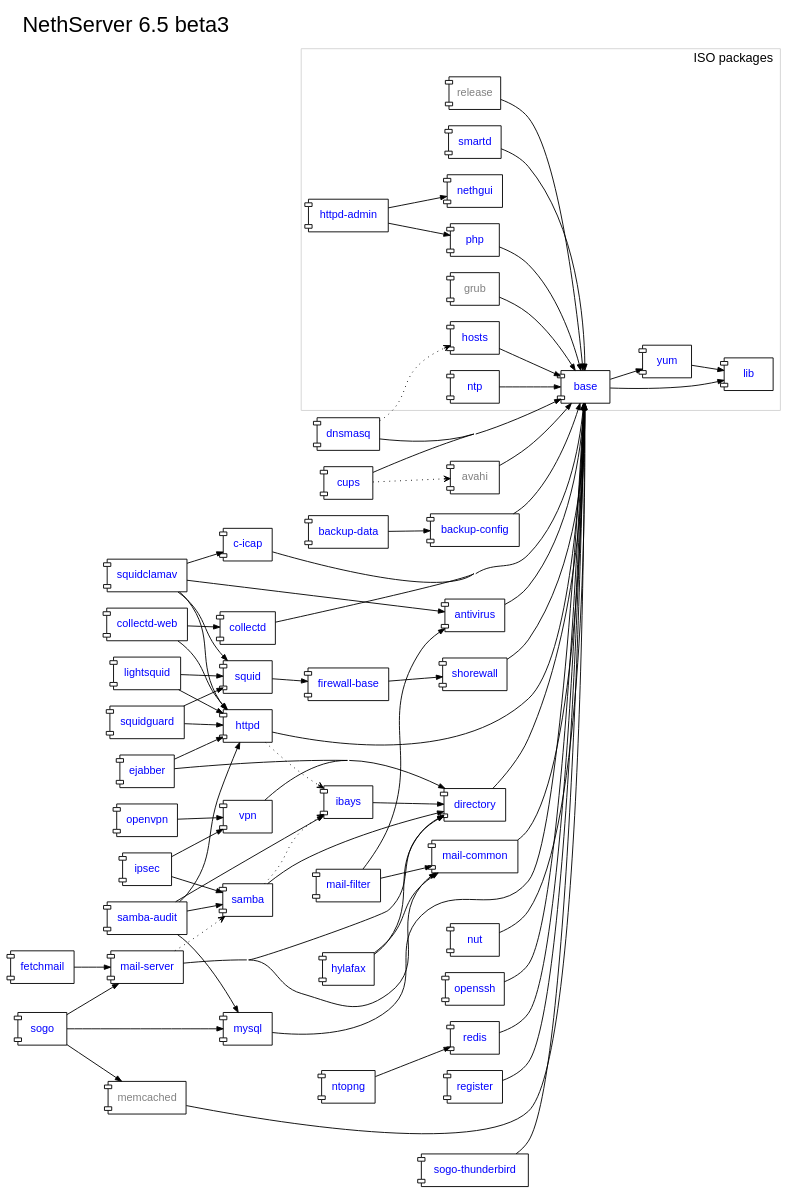
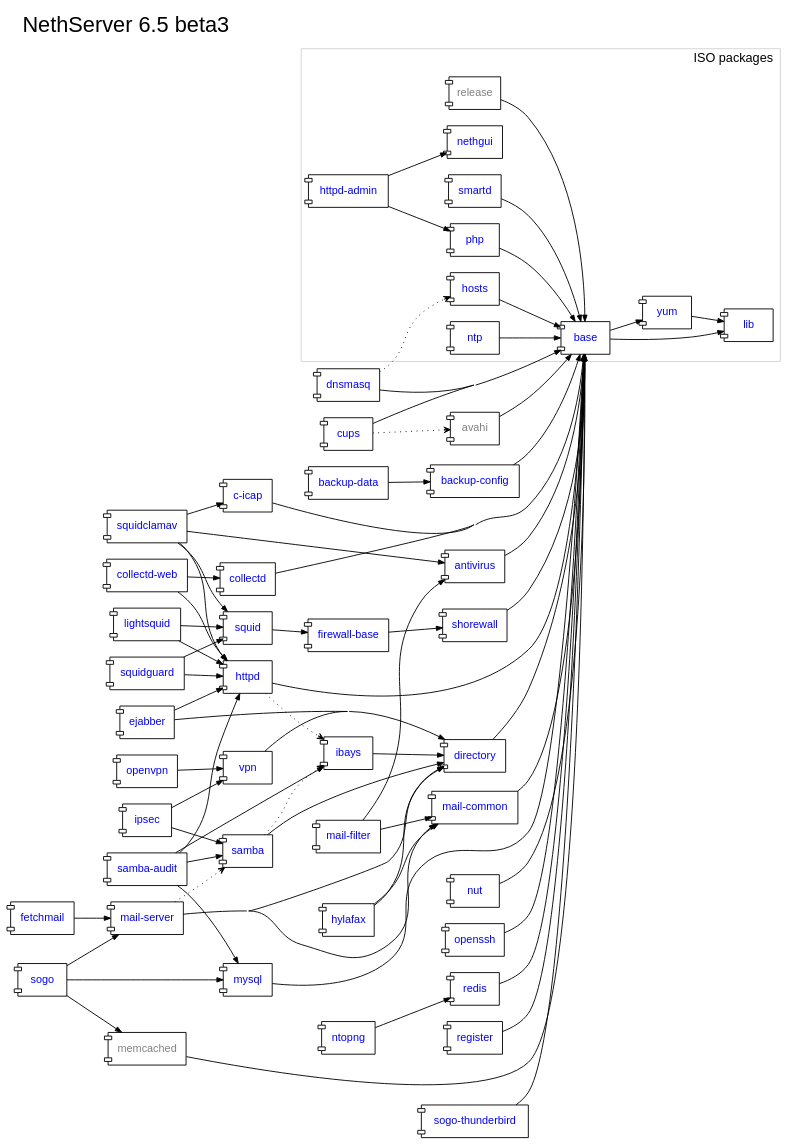
The diagram in nethserver/package-dependencies.dot (nethesis/dev-nethesis-it), drawn with Graphviz before and after one commit.

Commit message:
package-dependencies: removed nethserver-grub. Refs #2664

```diff
--- a/nethserver/package-dependencies.dot
+++ b/nethserver/package-dependencies.dot
@@ -1,148 +1,147 @@
 digraph "v6.5-beta3" {
 	rankdir = "LR";
 	compound = true;
 	concentrate = true;
 	label="NethServer 6.5 beta3";
 	fontsize = 24.0
 	labelloc = "t";
 	labeljust = "l";
 	fontname="sans-serif";
 	
 
 	node [shape="component",fontname="sans-serif",fontcolor=blue,fontsize=12.0];
 	edge [arrowsize=0.7];
 
 	subgraph {
 		antivirus [URL="http://dev.nethserver.org/projects/nethserver/wiki/nethserver-antivirus"];
 		avahi [fontcolor=gray];
 		backup_config [label="backup-config",URL="http://dev.nethserver.org/projects/nethserver/wiki/nethserver-backup"];
 		backup_data [label="backup-data",URL="http://dev.nethserver.org/projects/nethserver/wiki/nethserver-backup"];   
 		c_icap [label="c-icap",URL="http://dev.nethserver.org/projects/nethserver/wiki/nethserver-c-icap"];
 		collectd [URL="http://dev.nethserver.org/projects/nethserver/wiki/nethserver-collectd"];
 		collectd_web [label="collectd-web",URL="http://dev.nethserver.org/projects/nethserver/wiki/nethserver-collectd-web"];
 		cups [URL="http://dev.nethserver.org/projects/nethserver-cups/wiki/nethserver-cups"];
 		directory [URL="http://dev.nethserver.org/projects/nethserver/wiki/nethserver-directory"];
 		dnsmasq [URL="http://dev.nethserver.org/projects/nethserver/wiki/nethserver-dnsmasq"];
 		ejabber [URL="http://dev.nethserver.org/projects/nethserver-ejabberd/wiki/nethserver-ejabberd"];
 		fetchmail [URL="http://dev.nethserver.org/projects/nethserver-fetchmail/wiki/nethserver-fetchmail"];
 		firewall_base [label="firewall-base",URL="http://dev.nethserver.org/projects/nethserver-ejabberd/wiki/nethserver-firewall-base"];
 		httpd [URL="http://dev.nethserver.org/projects/nethserver/wiki/nethserver-httpd"];
 		hylafax [URL="http://dev.nethserver.org/projects/nethserver-hylafax/wiki/nethserver-hylafax"];
 		ibays [URL="http://dev.nethserver.org/projects/nethserver/wiki/nethserver-ibays"];
 		ipsec [URL="http://dev.nethserver.org/projects/nethserver/wiki/nethserver-ipsec"];    
 		lightsquid [URL="http://dev.nethserver.org/projects/nethserver/wiki/nethserver-lightsquid"];
 		mail_common [label="mail-common",URL="http://dev.nethserver.org/projects/nethserver/wiki/nethserver-mail-common"];
 		mail_filter [label="mail-filter",URL="http://dev.nethserver.org/projects/nethserver/wiki/nethserver-mail-filter"];
 		mail_server [label="mail-server",URL="http://dev.nethserver.org/projects/nethserver/wiki/nethserver-mail-server"];
 		memcached [fontcolor=gray];
 		mysql [URL="http://dev.nethserver.org/projects/nethserver/wiki/nethserver-mysql"];
 		ntopng [URL="http://dev.nethserver.org/projects/nethserver/wiki/nethserver-ntopng"];
 		nut [URL="http://dev.nethserver.org/projects/nethserver/wiki/nethserver-nut"];
 		openssh [URL="http://dev.nethserver.org/projects/nethserver/wiki/nethserver-openssh"];
 		openvpn [URL="http://dev.nethserver.org/projects/nethserver/wiki/nethserver-openvpn"];
 		redis [URL="http://dev.nethserver.org/projects/nethserver/wiki/nethserver-redis"];
 		register [URL="http://dev.nethserver.org/projects/nethserver/wiki/nethserver-register"];
 		samba [URL="http://dev.nethserver.org/projects/nethserver/wiki/nethserver-samba"];
 		samba_audit [label="samba-audit",URL="http://dev.nethserver.org/projects/nethserver/wiki/nethserver-samba-audit"];
 		shorewall [URL="https://dev.nethserver.org/projects/nethserver/wiki/nethserver-shorewall"];        
 		sogo [URL="https://dev.nethserver.org/projects/nethserver/wiki/nethserver-sogo"];
 		sogo_thunderbird [label="sogo-thunderbird",URL="https://dev.nethserver.org/projects/nethserver/wiki/nethserver-sogo-thunderbird"];
 		squid [URL="https://dev.nethserver.org/projects/nethserver/wiki/nethserver-squid"];
 		squidclamav [URL="https://dev.nethserver.org/projects/nethserver/wiki/nethserver-squidclamav"];
 		squidguard [URL="https://dev.nethserver.org/projects/nethserver/wiki/nethserver-squidguard"];
 		vpn [URL="http://dev.nethserver.org/projects/nethserver/wiki/nethserver-vpn"];
 		
 		subgraph cluster_iso {
 			label="ISO packages"
 			color=lightgray
 			labelloc = "t";
 			labeljust = "r";
 			fontsize = 14.0
 			base [URL="http://dev.nethserver.org/projects/nethserver/wiki/nethserver-base"];
-			grub [fontcolor=gray];
+
 			hosts [URL="http://dev.nethserver.org/projects/nethserver/wiki/nethserver-hosts"];			
 			httpd_admin [label="httpd-admin",URL="http://dev.nethserver.org/projects/nethserver/wiki/nethserver-httpd-admin"];
 			lib [URL="http://dev.nethserver.org/projects/nethserver/wiki/nethserver-lib"];
 			nethgui [URL="http://dev.nethserver.org/projects/nethgui"];
 			ntp [URL="http://dev.nethserver.org/projects/nethserver/wiki/nethserver-ntp"];
 			php [URL="http://dev.nethserver.org/projects/nethserver/wiki/nethserver-php"];			
 			release [fontcolor=gray];
 			smartd [URL="https://dev.nethserver.org/projects/nethserver/wiki/nethserver-smartd"];
 			yum [URL="http://dev.nethserver.org/projects/nethserver/wiki/nethserver-yum"];
 		}
 	}
 
 	
 	antivirus -> base
 	avahi -> base
 	backup_config -> base
 	backup_data -> backup_config
 	base -> lib
 	base -> yum
 	yum -> lib
 	c_icap -> base
 	collectd -> base
 	collectd_web -> collectd
 	collectd_web -> httpd
 	cups -> base
 	directory -> base
 	dnsmasq -> base
 	ejabber -> directory
 	ejabber -> httpd
 	fetchmail -> mail_server
 	firewall_base -> shorewall
-	grub -> base
 	hosts -> base
 	httpd -> base
 	httpd_admin -> nethgui
 	httpd_admin -> php
 	hylafax -> directory
 	hylafax -> mail_common
 	ibays -> directory
 	ipsec -> vpn
 	ipsec -> samba
 	lightsquid -> httpd
 	lightsquid -> squid
 	mail_common -> base
 	mail_filter -> antivirus
 	mail_filter -> mail_common
 	mail_server -> directory
 	mail_server -> mail_common
 	memcached -> base
 	mysql -> base
 	ntopng -> redis
 	ntp -> base
 	nut -> base
 	openssh -> base
 	openvpn -> vpn
 	php -> base
 	redis -> base
 	register -> base
 	release -> base
 	samba -> directory
 	samba_audit -> httpd
 	samba_audit -> ibays
 	samba_audit -> mysql
 	samba_audit -> samba
 	shorewall -> base
 	smartd -> base
 	sogo -> mail_server
 	sogo -> memcached
 	sogo -> mysql
 	sogo_thunderbird -> base
 	squid -> firewall_base
 	squidclamav -> antivirus
 	squidclamav -> c_icap
 	squidclamav -> httpd
 	squidclamav -> squid
 	squidguard -> httpd
 	squidguard -> squid
 	vpn -> directory
 
 	cups -> avahi [style=dotted,arrowhead=vee];
 	dnsmasq -> hosts [style=dotted,arrowhead=vee];
 	httpd -> ibays [style=dotted,arrowhead=vee];
 	mail_server -> samba [style=dotted,arrowhead=vee];    
 	samba -> ibays [style=dotted,arrowhead=vee];
 	
 }
```
